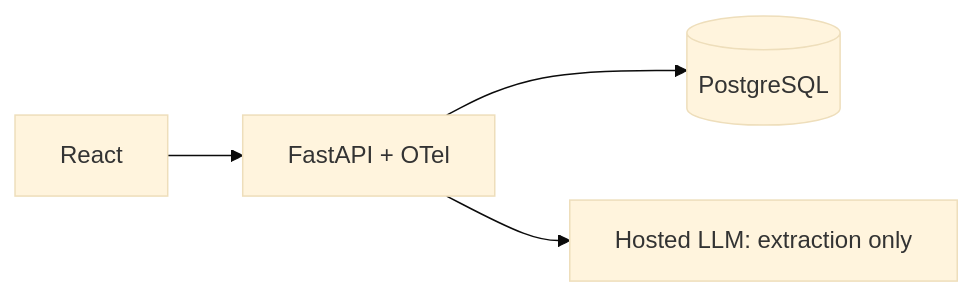
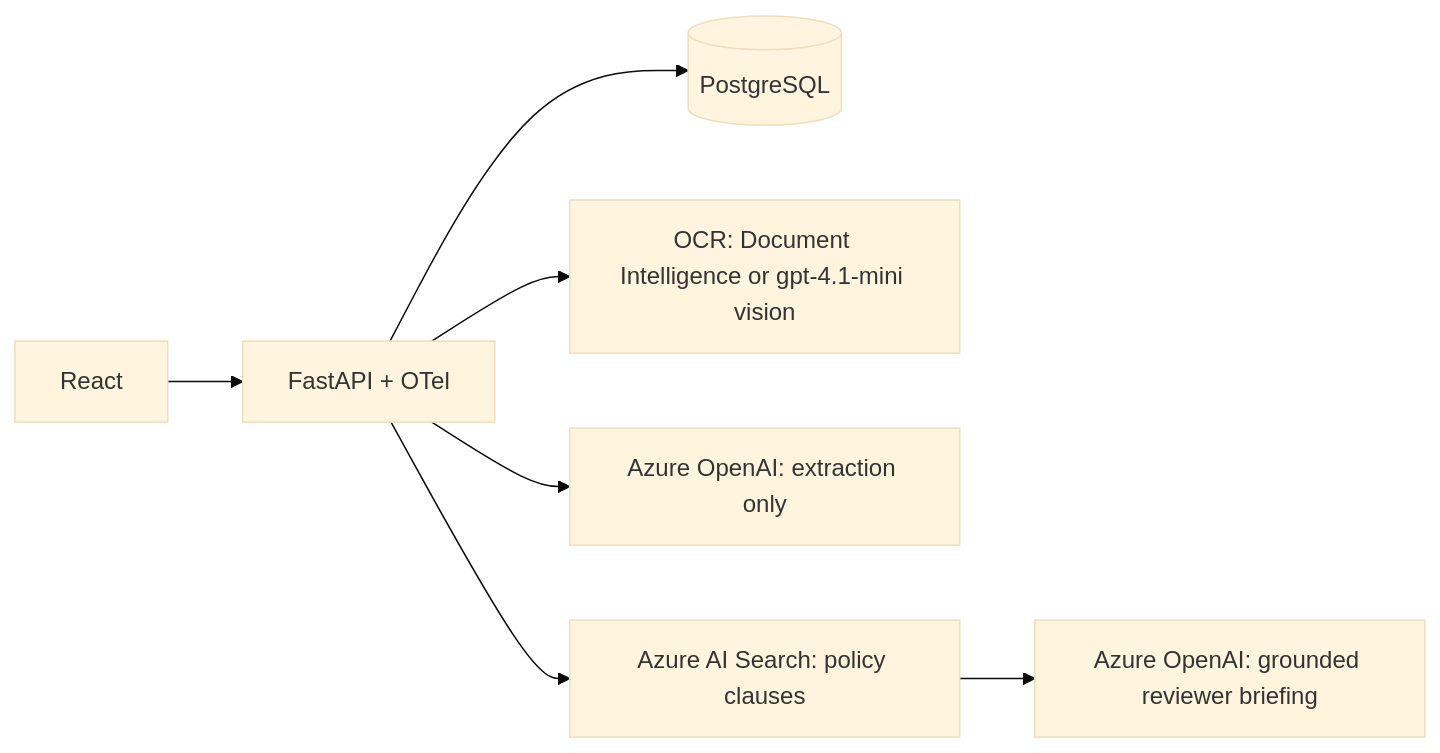
The diagram in README.md (apoorvassudani/claimsense), drawn with Mermaid (base theme) before and after one commit. The commit also changed other lines of this file and 370 other files, not shown here.

Commit message:
Day 34: Azure, RAG, OCR, auth, stress test, deployment and CI/CD

````diff
--- a/README.md
+++ b/README.md
@@ -13,5 +26,8 @@
 ```mermaid
 flowchart LR
     UI[React] --> API[FastAPI + OTel] --> DB[(PostgreSQL)]
-    API --> LLM[Hosted LLM: extraction only]
+    API --> OCR[OCR: Document Intelligence or gpt-4.1-mini vision]
+    API --> LLM[Azure OpenAI: extraction only]
+    API --> RAG[Azure AI Search: policy clauses]
+    RAG --> BRIEF[Azure OpenAI: grounded reviewer briefing]
 ```
````
